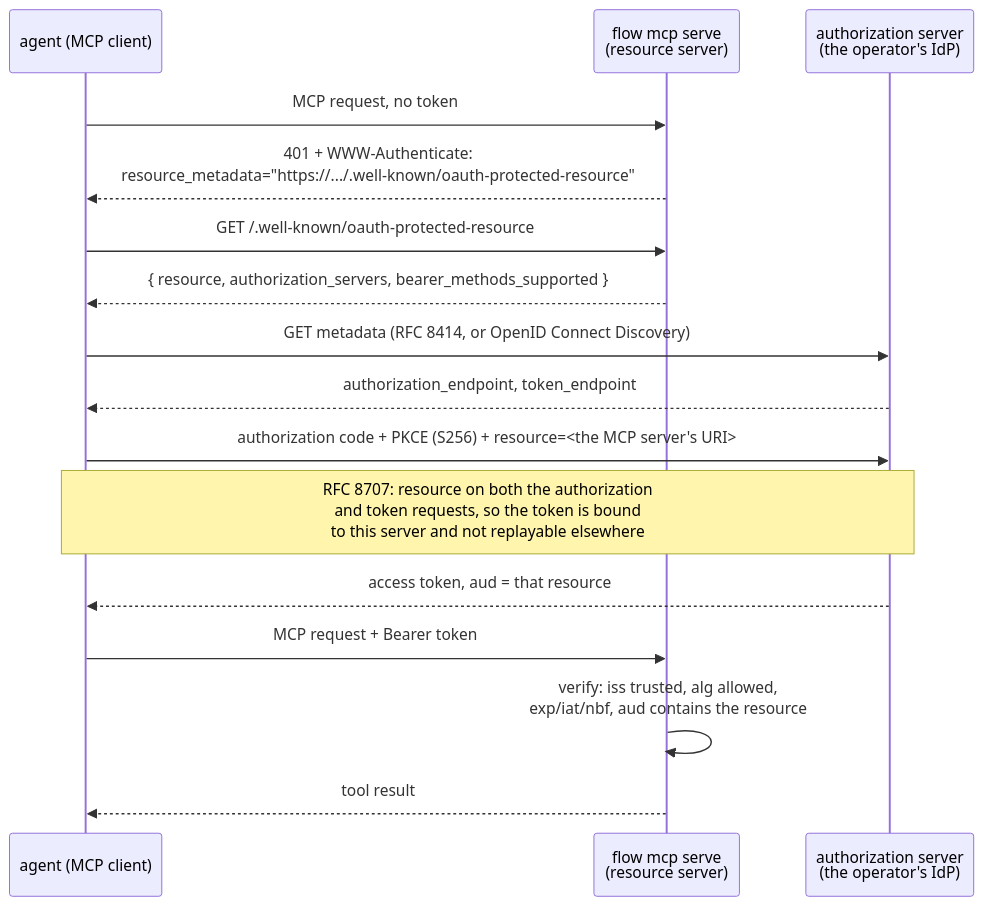
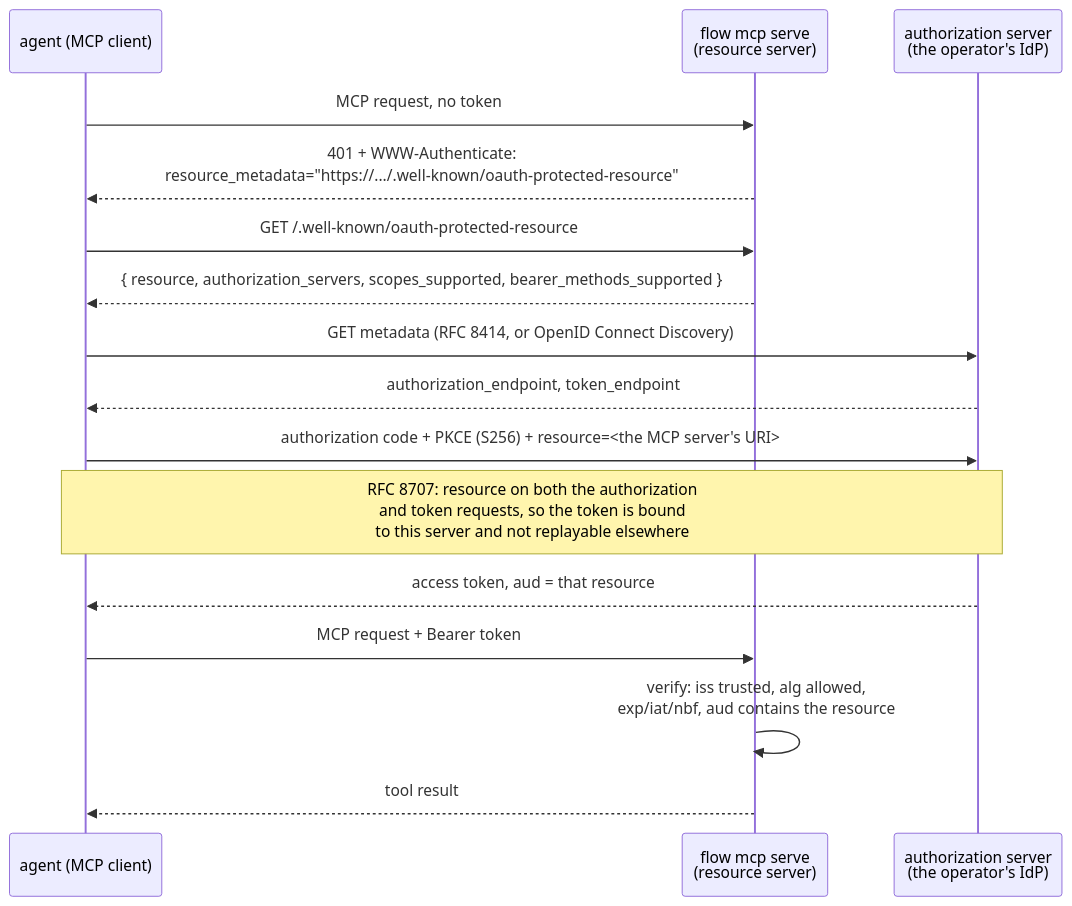
Before and after one commit to picatz/flowstate: the diagram in docs/MCP_AUTHORIZATION.md, drawn with Mermaid. The commit also changed other lines of this file and 10 other files, not shown here.

````diff
--- a/docs/MCP_AUTHORIZATION.md
+++ b/docs/MCP_AUTHORIZATION.md
@@ -39,19 +39,19 @@
 ```mermaid
 sequenceDiagram
     participant A as agent (MCP client)
     participant F as flow mcp serve<br/>(resource server)
     participant AS as authorization server<br/>(the operator's IdP)
 
     A->>F: MCP request, no token
     F-->>A: 401 + WWW-Authenticate:<br/>resource_metadata="https://.../.well-known/oauth-protected-resource"
     A->>F: GET /.well-known/oauth-protected-resource
-    F-->>A: { resource, authorization_servers, bearer_methods_supported }
+    F-->>A: { resource, authorization_servers, scopes_supported, bearer_methods_supported }
     A->>AS: GET metadata (RFC 8414, or OpenID Connect Discovery)
     AS-->>A: authorization_endpoint, token_endpoint
     A->>AS: authorization code + PKCE (S256) + resource=<the MCP server's URI>
     Note over A,AS: RFC 8707: resource on both the authorization<br/>and token requests, so the token is bound<br/>to this server and not replayable elsewhere
     AS-->>A: access token, aud = that resource
     A->>F: MCP request + Bearer token
     F->>F: verify: iss trusted, alg allowed,<br/>exp/iat/nbf, aud contains the resource
     F-->>A: tool result
 ```
````
